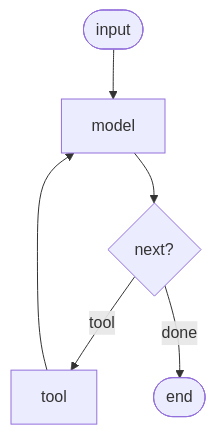
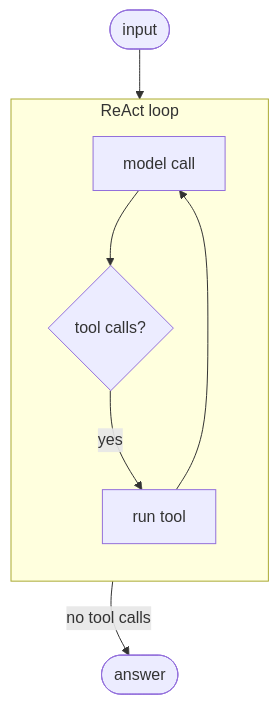
One commit to michaelatamuk/openjiuwen-jiuwenswarm changed the fourth of 31 diagrams in docs-michael/agent-interview-questions.md. Above: the diagram before and after it, drawn with Mermaid. The commit also changed other lines of this file, not shown here.

````diff
--- a/docs-michael/agent-interview-questions.md
+++ b/docs-michael/agent-interview-questions.md
@@ -56,6 +59,11 @@
 ```mermaid
 flowchart TD
-    A2(["input"]) --> M["model"] --> Q{"next?"}
-    Q -->|tool| X["tool"] --> M
-    Q -->|done| Z(["end"])
+    A2(["input"]) --> M
+    subgraph LOOP["ReAct loop"]
+    direction TB
+        M["model call"] --> Q{"tool calls?"}
+        Q -->|yes| X["run tool"] --> M
+    end
+    Q -->|"no tool calls"| Z(["answer"])
+    X ~~~ Z
 ```
````
